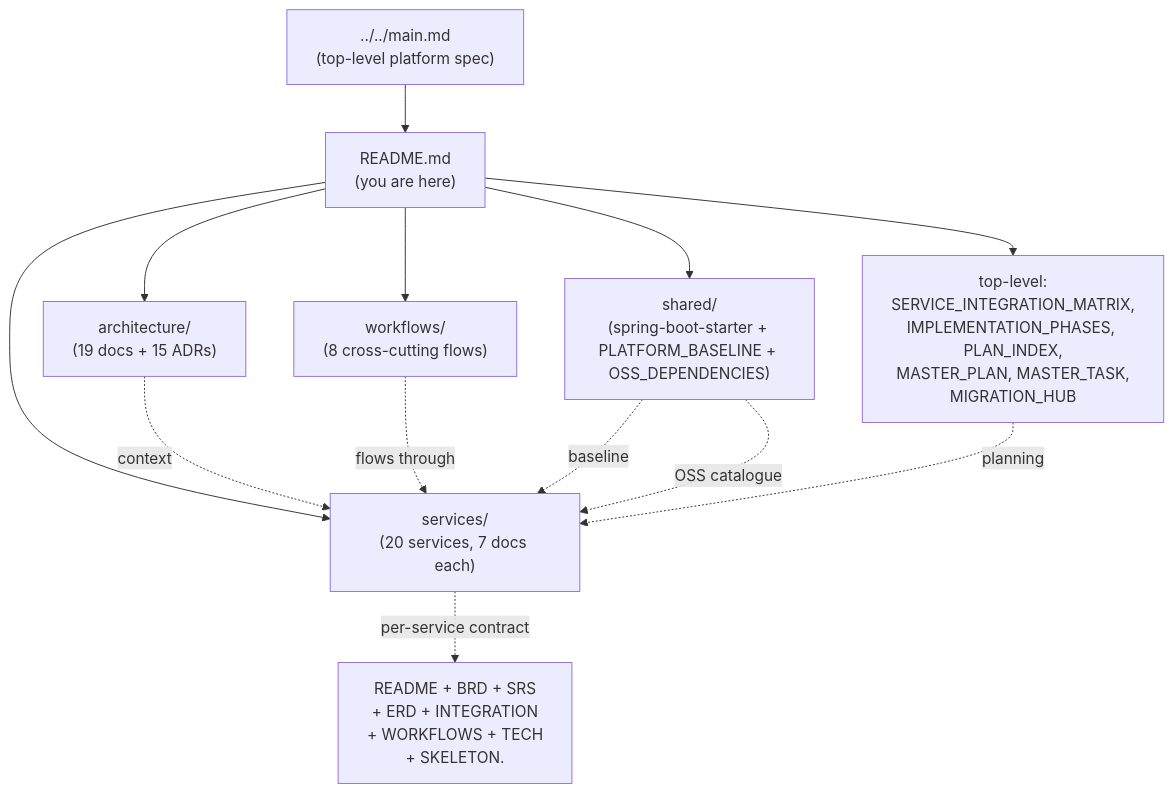
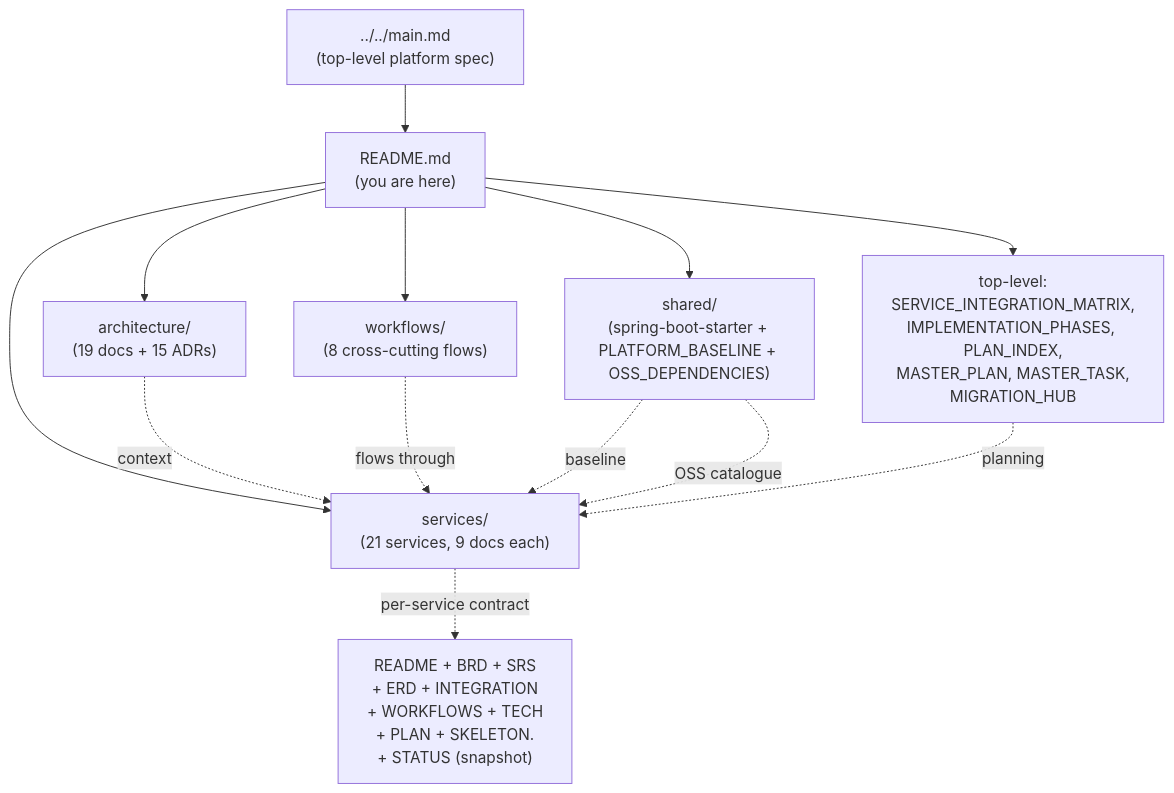
The diagram in docs/README.md (mohamedhabibwork/trips-enjoy-docs), drawn with Mermaid before and after one commit. The commit also changed other lines of this file and 7 other files, not shown here.

````diff
--- a/docs/README.md
+++ b/docs/README.md
@@ -21,17 +21,17 @@
 ```mermaid
 flowchart TB
   main["../../main.md<br/>(top-level platform spec)"]
   r["README.md<br/>(you are here)"]
   main --> r
   r --> arch["architecture/<br/>(19 docs + 15 ADRs)"]
   r --> wf["workflows/<br/>(8 cross-cutting flows)"]
-  r --> svc["services/<br/>(20 services, 7 docs each)"]
+  r --> svc["services/<br/>(21 services, 9 docs each)"]
   r --> shared["shared/<br/>(spring-boot-starter + PLATFORM_BASELINE + OSS_DEPENDENCIES)"]
   r --> top["top-level:<br/>SERVICE_INTEGRATION_MATRIX,<br/>IMPLEMENTATION_PHASES, PLAN_INDEX,<br/>MASTER_PLAN, MASTER_TASK,<br/>MIGRATION_HUB"]
-  svc -. per-service contract .-> svc_brd["README + BRD + SRS<br/>+ ERD + INTEGRATION<br/>+ WORKFLOWS + TECH<br/>+ SKELETON.<ext>"]
+  svc -. per-service contract .-> svc_brd["README + BRD + SRS<br/>+ ERD + INTEGRATION<br/>+ WORKFLOWS + TECH<br/>+ PLAN + SKELETON.<ext><br/>+ STATUS (snapshot)"]
   arch -. context .-> svc
   wf -. flows through .-> svc
   shared -. baseline .-> svc
   shared -. OSS catalogue .-> svc
   top -. planning .-> svc
 ```
````
